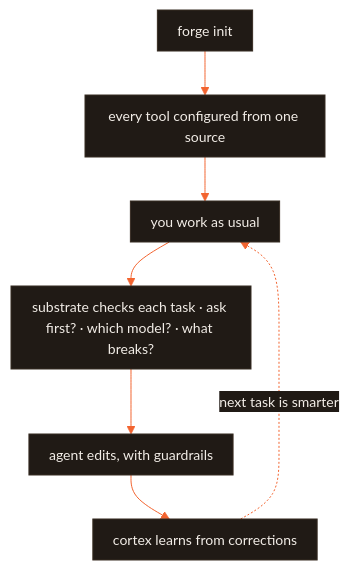
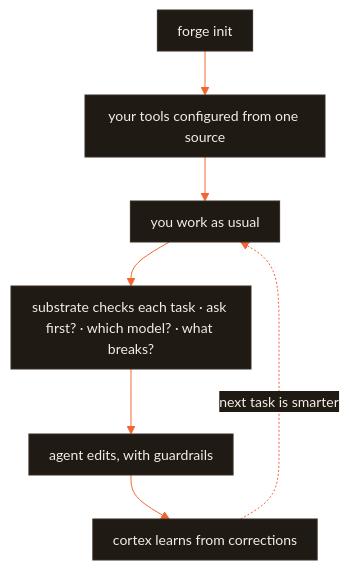
One commit to CodeWithJuber/forgekit changed the diagram in mintlify/guides/zero-config-onboarding.mdx. Above: the diagram before and after it, drawn with Mermaid. The commit also changed 13 other files, not shown here.

First line of the commit message:
feat(init): honour the recorded tool set in integrations and `forge tools`

````diff
--- a/mintlify/guides/zero-config-onboarding.mdx
+++ b/mintlify/guides/zero-config-onboarding.mdx
@@ -11,10 +11,10 @@
 ```mermaid
 %%{init: {'theme':'base','themeVariables':{'primaryColor':'#201a15','primaryTextColor':'#f2ede7','primaryBorderColor':'#372c22','lineColor':'#f26430','secondaryColor':'#272019','tertiaryColor':'#171310','edgeLabelBackground':'#201a15','clusterBkg':'#171310','clusterBorder':'#4a3b2e','fontFamily':'ui-sans-serif, system-ui, sans-serif','fontSize':'14px'},'flowchart':{'curve':'basis','padding':10,'nodeSpacing':36,'rankSpacing':44}}}%%
 flowchart TD
-    I["forge init"] --> Cfg["every tool configured from one source"]
+    I["forge init"] --> Cfg["your tools configured from one source"]
     Cfg --> Work["you work as usual"]
     Work --> Gate["substrate checks each task · ask first? · which model? · what breaks?"]
     Gate --> Edit["agent edits, with guardrails"]
     Edit --> Learn["cortex learns from corrections"]
     Learn -.->|next task is smarter| Work
 ```
````
